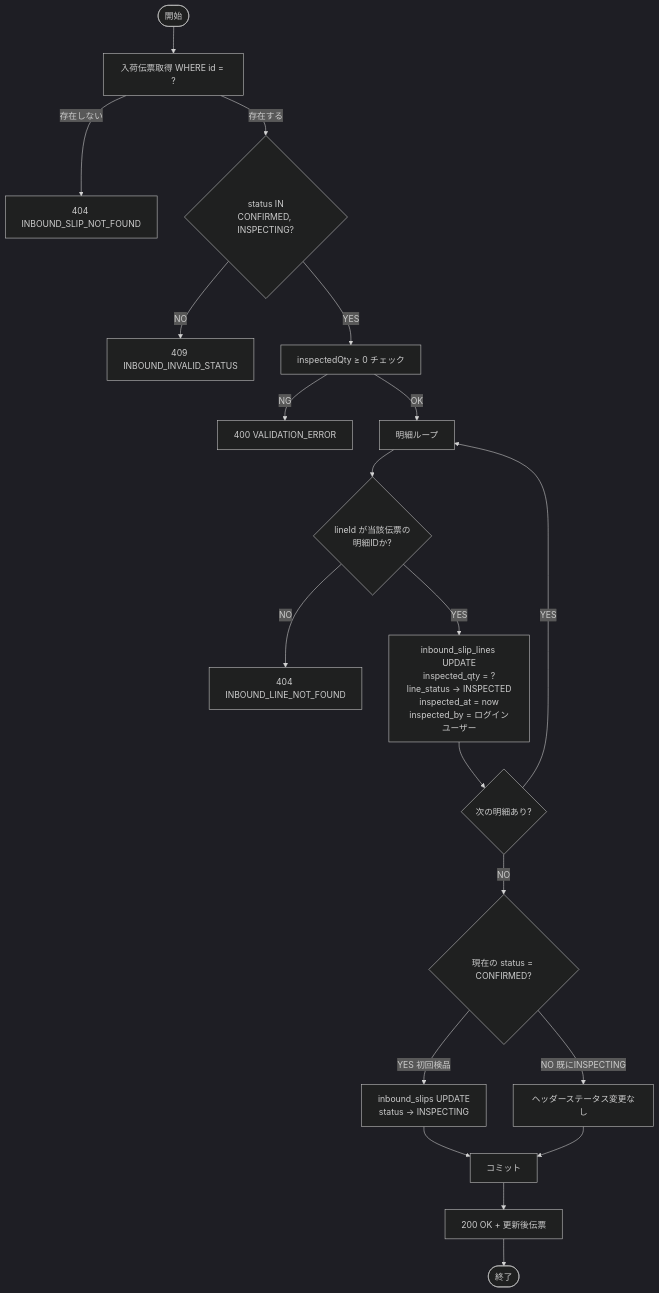
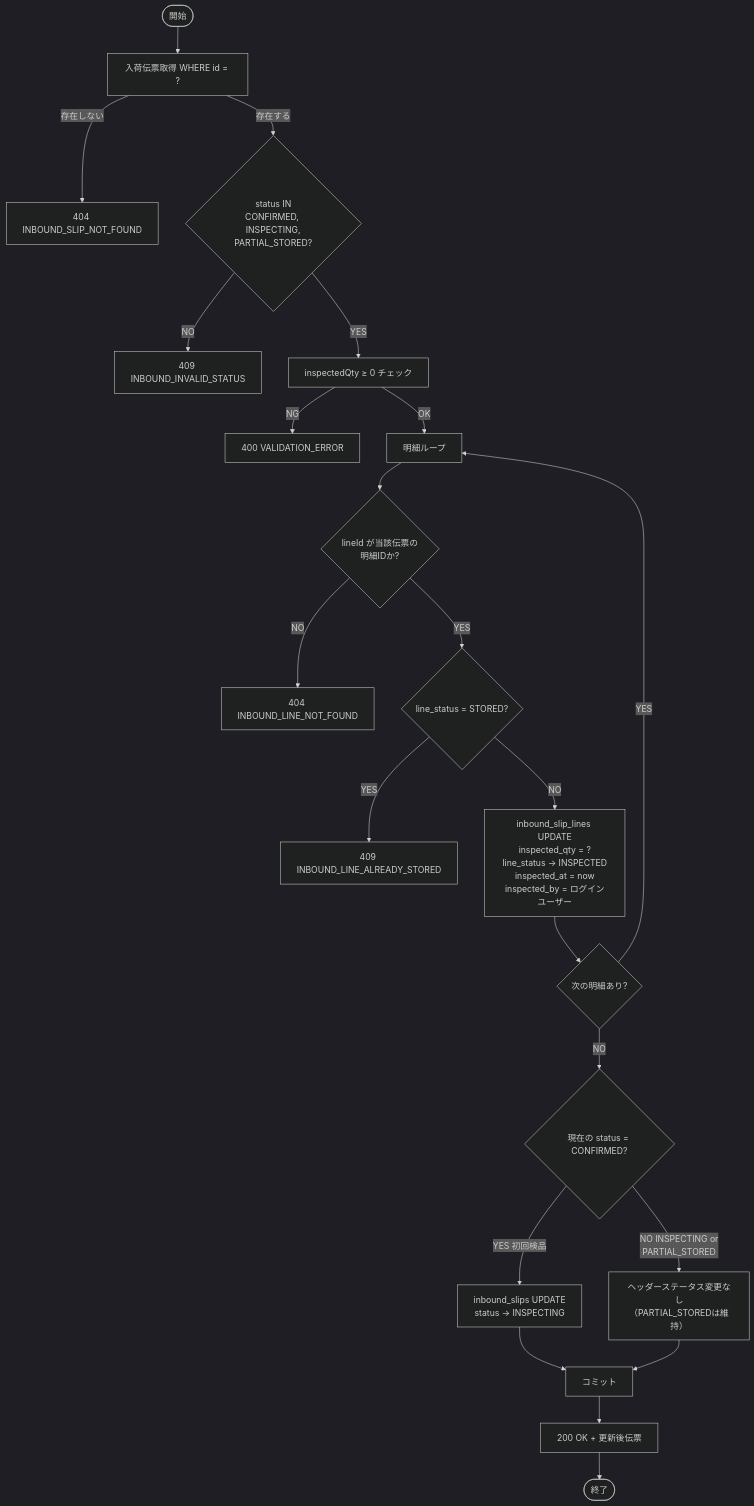
Before and after one commit to hidefumiagata/wms: the ninth of 11 diagrams in docs/functional-design/API-06-inbound.md, drawn with Mermaid (dark theme). The commit also changed other lines of this file, not shown here.

First line of the commit message:
docs: PARTIAL_STORED時の検品登録挙動を設計書に明記 / Document inspect behavior when status is PARTIAL_STORED

````diff
--- a/docs/functional-design/API-06-inbound.md
+++ b/docs/functional-design/API-06-inbound.md
@@ -753,22 +754,24 @@
 ```mermaid
 flowchart TD
     START([開始]) --> FETCH[入荷伝票取得 WHERE id = ?]
     FETCH -->|存在しない| ERR404[404 INBOUND_SLIP_NOT_FOUND]
-    FETCH -->|存在する| CHECK_STATUS{status IN\nCONFIRMED, INSPECTING?}
+    FETCH -->|存在する| CHECK_STATUS{status IN\nCONFIRMED, INSPECTING,\nPARTIAL_STORED?}
     CHECK_STATUS -->|NO| ERR409[409 INBOUND_INVALID_STATUS]
     CHECK_STATUS -->|YES| VALIDATE[inspectedQty ≥ 0 チェック]
     VALIDATE -->|NG| ERR_VAL[400 VALIDATION_ERROR]
     VALIDATE -->|OK| LINE_LOOP[明細ループ]
     LINE_LOOP --> CHECK_LINE{lineId が当該伝票の\n明細IDか?}
     CHECK_LINE -->|NO| ERR_LINE[404 INBOUND_LINE_NOT_FOUND]
-    CHECK_LINE -->|YES| UPD_LINE[inbound_slip_lines UPDATE\ninspected_qty = ?\nline_status → INSPECTED\ninspected_at = now\ninspected_by = ログインユーザー]
+    CHECK_LINE -->|YES| CHECK_STORED{line_status = STORED?}
+    CHECK_STORED -->|YES| ERR_STORED[409 INBOUND_LINE_ALREADY_STORED]
+    CHECK_STORED -->|NO| UPD_LINE[inbound_slip_lines UPDATE\ninspected_qty = ?\nline_status → INSPECTED\ninspected_at = now\ninspected_by = ログインユーザー]
     UPD_LINE --> NEXT{次の明細あり?}
     NEXT -->|YES| LINE_LOOP
     NEXT -->|NO| CHECK_HEADER_STATUS{現在の status = CONFIRMED?}
     CHECK_HEADER_STATUS -->|YES 初回検品| UPD_HEADER_INSPECTING[inbound_slips UPDATE\nstatus → INSPECTING]
-    CHECK_HEADER_STATUS -->|NO 既にINSPECTING| SKIP_HEADER[ヘッダーステータス変更なし]
+    CHECK_HEADER_STATUS -->|NO INSPECTING or\nPARTIAL_STORED| SKIP_HEADER[ヘッダーステータス変更なし\n（PARTIAL_STOREDは維持）]
     UPD_HEADER_INSPECTING --> COMMIT[コミット]
     SKIP_HEADER --> COMMIT
     COMMIT --> RETURN[200 OK + 更新後伝票]
     RETURN --> END([終了])
 ```
````
